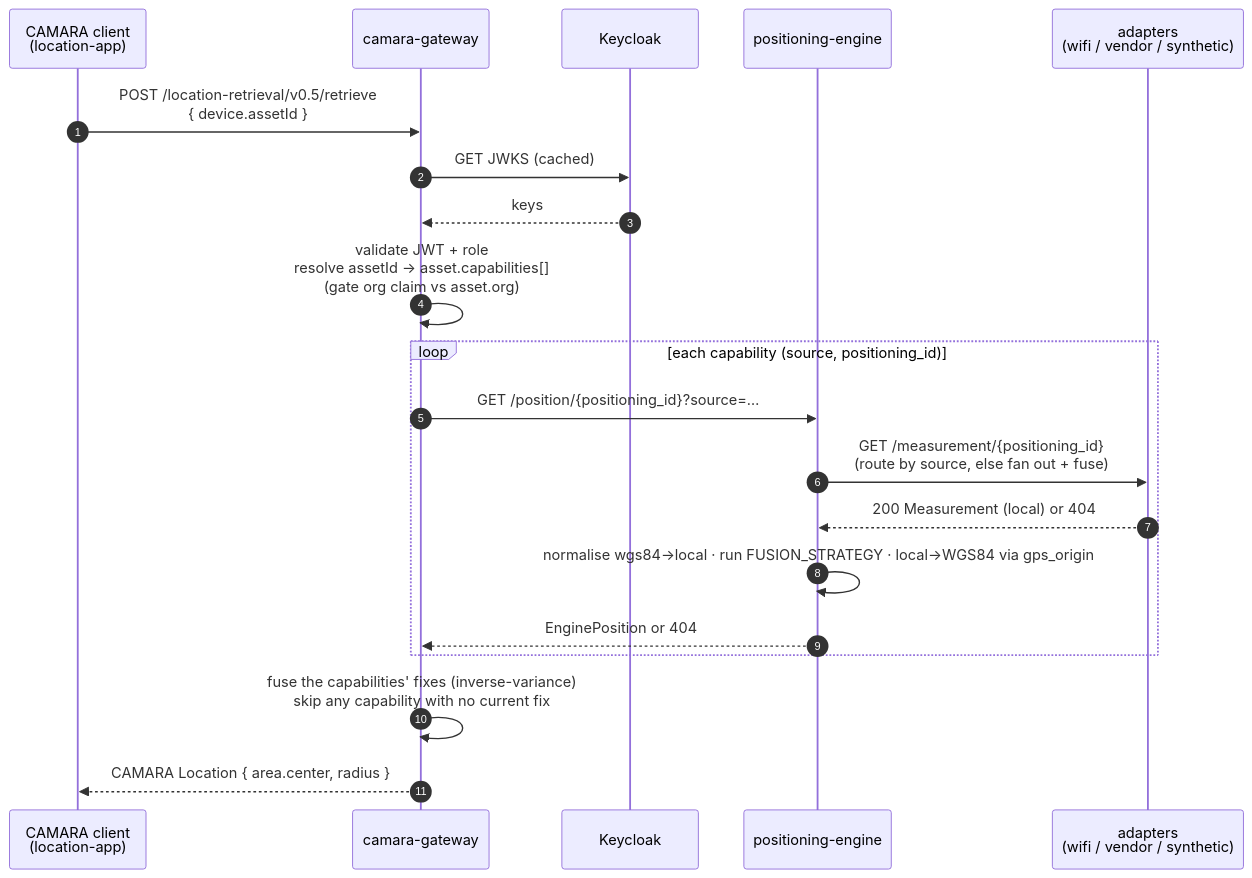
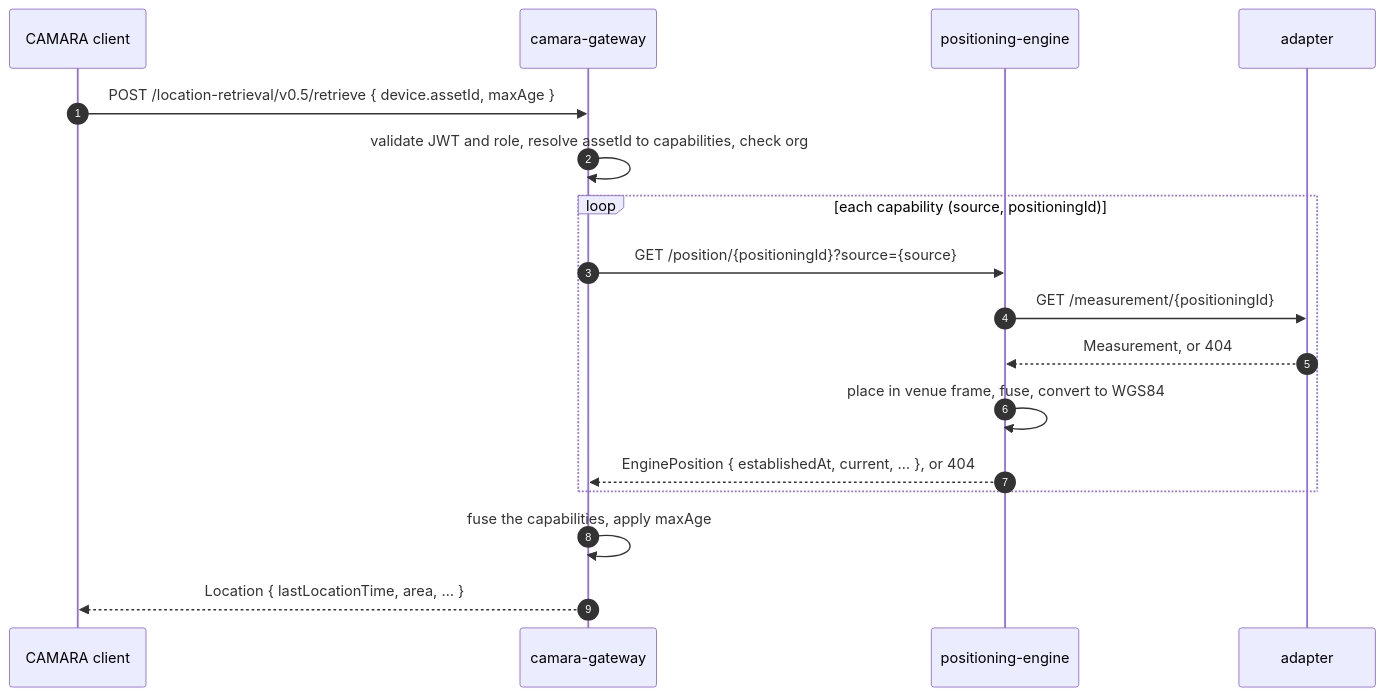
One commit to Jacobbista/5g-northbound changed the diagram in docs/architecture.md. Above: the diagram before and after it, drawn with Mermaid. The commit also changed other lines of this file and 3 other files, not shown here.

First line of the commit message:
docs: rewrite the overview, architecture and README against the current system

````diff
--- a/docs/architecture.md
+++ b/docs/architecture.md
@@ -136,25 +28,20 @@
 ```mermaid
 sequenceDiagram
   autonumber
-  participant App as CAMARA client<br/>(location-app)
+  participant App as CAMARA client
   participant GW as camara-gateway
-  participant KC as Keycloak
   participant ENG as positioning-engine
-  participant AD as adapters<br/>(wifi / vendor / synthetic)
+  participant AD as adapter
 
-  App->>GW: POST /location-retrieval/v0.5/retrieve<br/>{ device.assetId }
-  GW->>KC: GET JWKS (cached)
-  KC-->>GW: keys
-  GW->>GW: validate JWT + role<br/>resolve assetId → asset.capabilities[]<br/>(gate org claim vs asset.org)
-
-  loop each capability (source, positioning_id)
-    GW->>ENG: GET /position/{positioning_id}?source=…
-    ENG->>AD: GET /measurement/{positioning_id}<br/>(route by source, else fan out + fuse)
-    AD-->>ENG: 200 Measurement (local) or 404
-    ENG->>ENG: normalise wgs84→local · run FUSION_STRATEGY · local→WGS84 via gps_origin
-    ENG-->>GW: EnginePosition or 404
+  App->>GW: POST /location-retrieval/v0.5/retrieve { device.assetId, maxAge }
+  GW->>GW: validate JWT and role, resolve assetId to capabilities, check org
+  loop each capability (source, positioningId)
+    GW->>ENG: GET /position/{positioningId}?source={source}
+    ENG->>AD: GET /measurement/{positioningId}
+    AD-->>ENG: Measurement, or 404
+    ENG->>ENG: place in venue frame, fuse, convert to WGS84
+    ENG-->>GW: EnginePosition { establishedAt, current, … }, or 404
   end
-
-  GW->>GW: fuse the capabilities' fixes (inverse-variance)<br/>skip any capability with no current fix
-  GW-->>App: CAMARA Location { area.center, radius }
+  GW->>GW: fuse the capabilities, apply maxAge
+  GW-->>App: Location { lastLocationTime, area, … }
 ```
````
